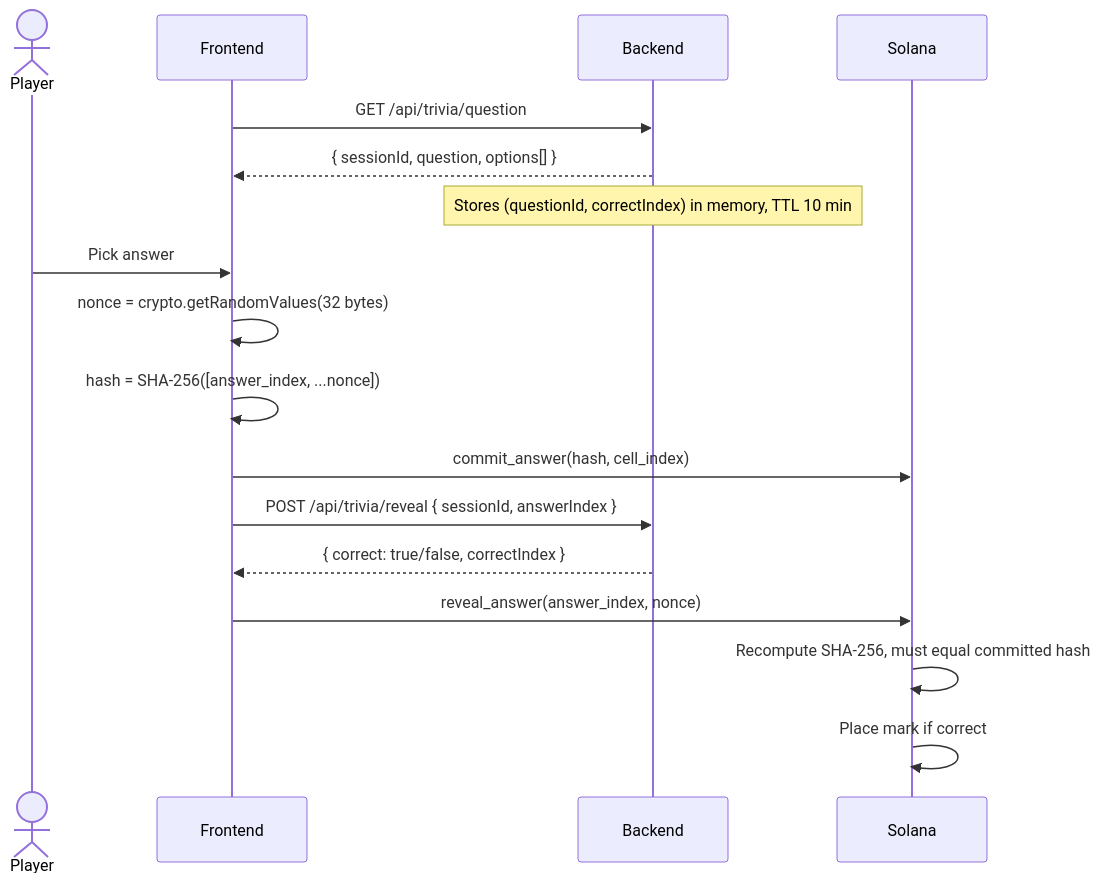
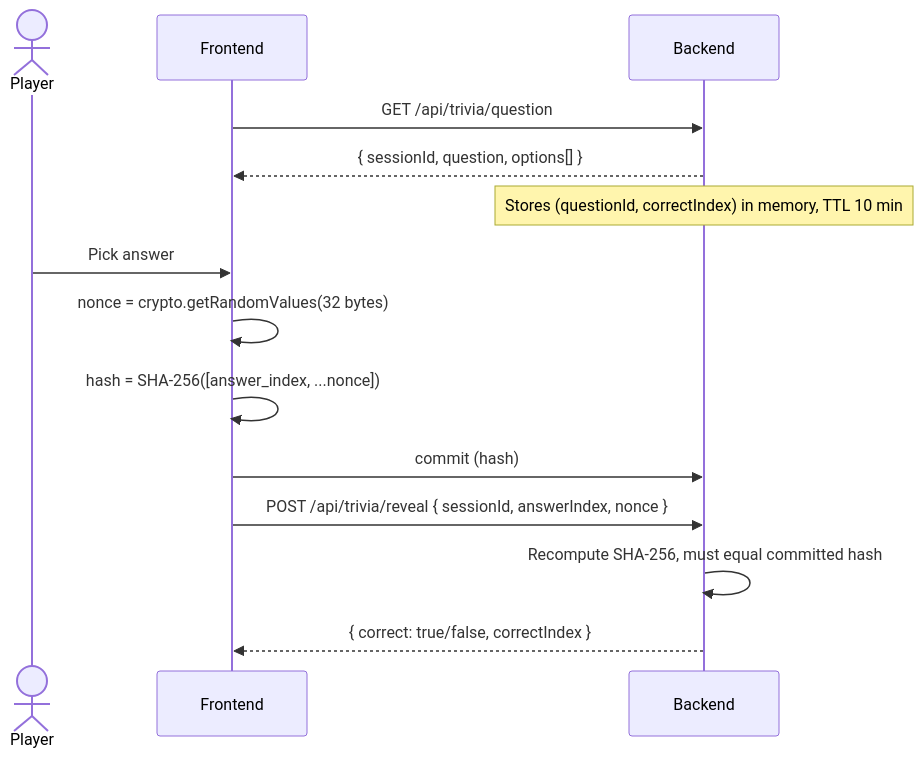
The diagram in docs/features/trivia-engine.md (Im-A-Nuel/Mindduel), drawn with Mermaid before and after one commit. The commit also changed other lines of this file and 20 other files, not shown here.

````diff
--- a/docs/features/trivia-engine.md
+++ b/docs/features/trivia-engine.md
@@ -36,23 +36,19 @@
 ```mermaid
 sequenceDiagram
     actor P as Player
     participant FE as Frontend
     participant BE as Backend
-    participant CH as Solana
 
     FE->>BE: GET /api/trivia/question
     BE-->>FE: { sessionId, question, options[] }
     Note over BE: Stores (questionId, correctIndex) in memory, TTL 10 min
 
     P->>FE: Pick answer
     FE->>FE: nonce = crypto.getRandomValues(32 bytes)
     FE->>FE: hash = SHA-256([answer_index, ...nonce])
-    FE->>CH: commit_answer(hash, cell_index)
+    FE->>BE: commit (hash)
 
-    FE->>BE: POST /api/trivia/reveal { sessionId, answerIndex }
+    FE->>BE: POST /api/trivia/reveal { sessionId, answerIndex, nonce }
+    BE->>BE: Recompute SHA-256, must equal committed hash
     BE-->>FE: { correct: true/false, correctIndex }
-
-    FE->>CH: reveal_answer(answer_index, nonce)
-    CH->>CH: Recompute SHA-256, must equal committed hash
-    CH->>CH: Place mark if correct
 ```
````
